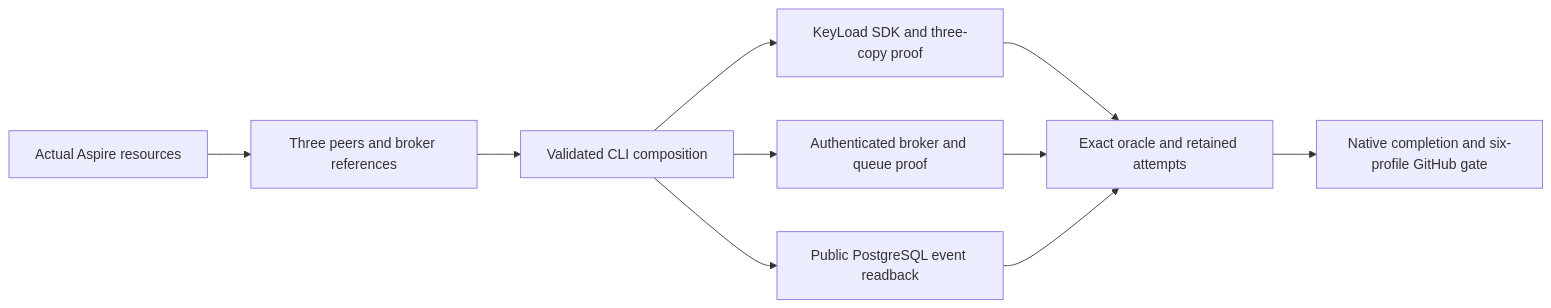
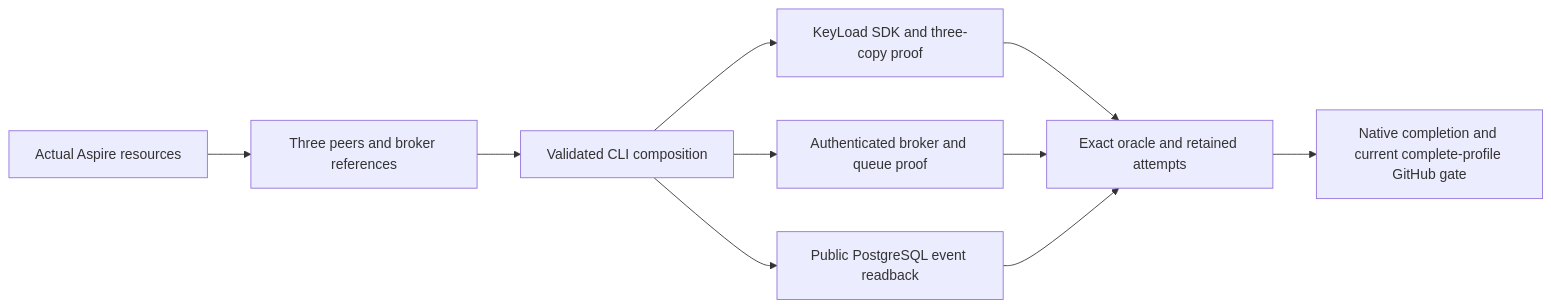
One commit to managedcode/KeyLoad changed the fifth of 11 diagrams in docs/Features/BenchmarkComparisons.md. Above: the diagram before and after it, drawn with Mermaid. The commit also changed other lines of this file and 152 other files, not shown here.

````diff
--- a/docs/Features/BenchmarkComparisons.md
+++ b/docs/Features/BenchmarkComparisons.md
@@ -308,12 +317,12 @@
 ```mermaid
 flowchart LR
     Aspire[Actual Aspire resources] --> Bindings[Three peers and broker references]
     Bindings --> Host[Validated CLI composition]
     Host --> RF3[KeyLoad SDK and three-copy proof]
     Host --> Rabbit[Authenticated broker and queue proof]
     Host --> PG[Public PostgreSQL event readback]
     RF3 --> Report[Exact oracle and retained attempts]
     Rabbit --> Report
     PG --> Report
-    Report --> Gate[Native completion and six-profile GitHub gate]
+    Report --> Gate[Native completion and current complete-profile GitHub gate]
 ```
````
